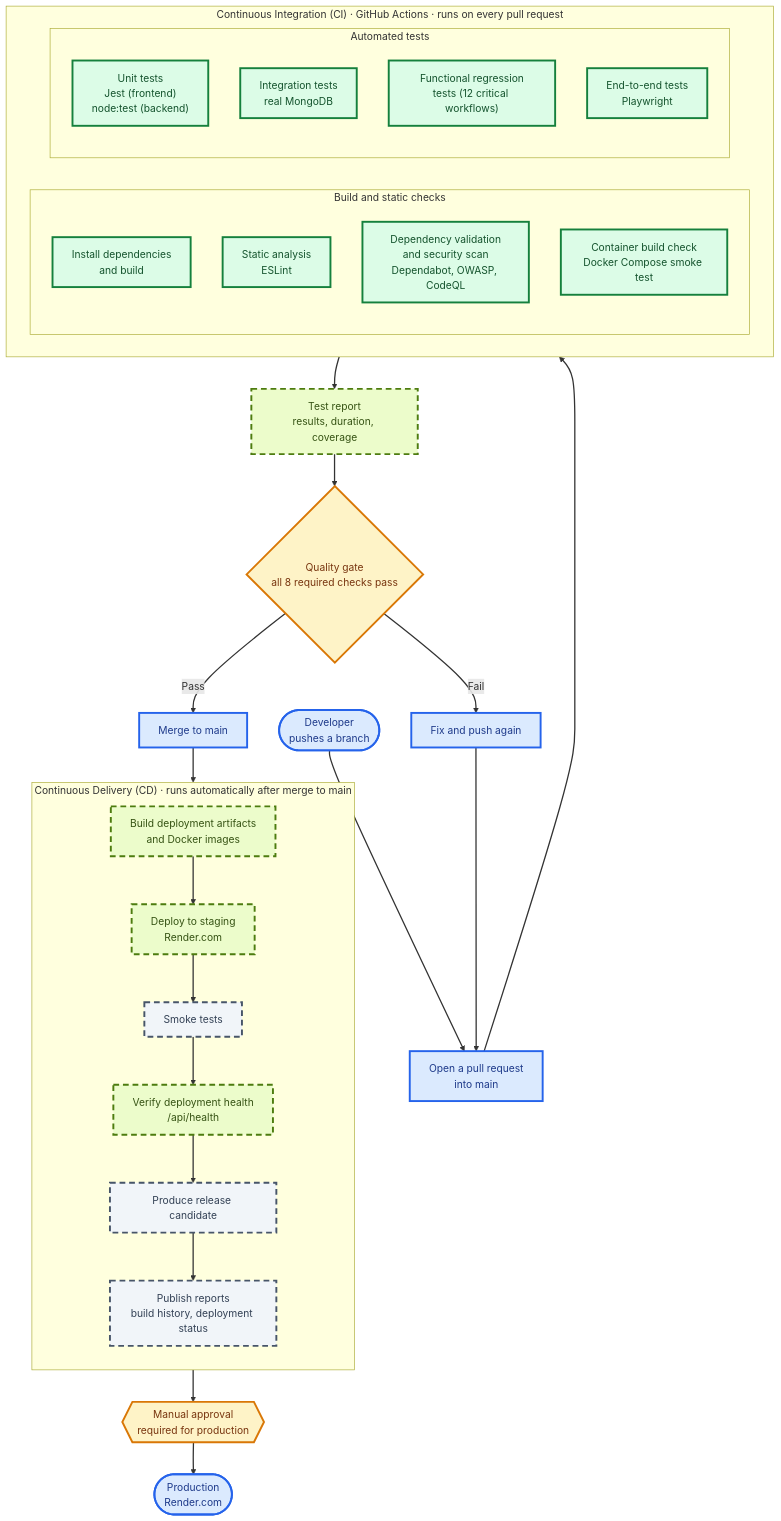
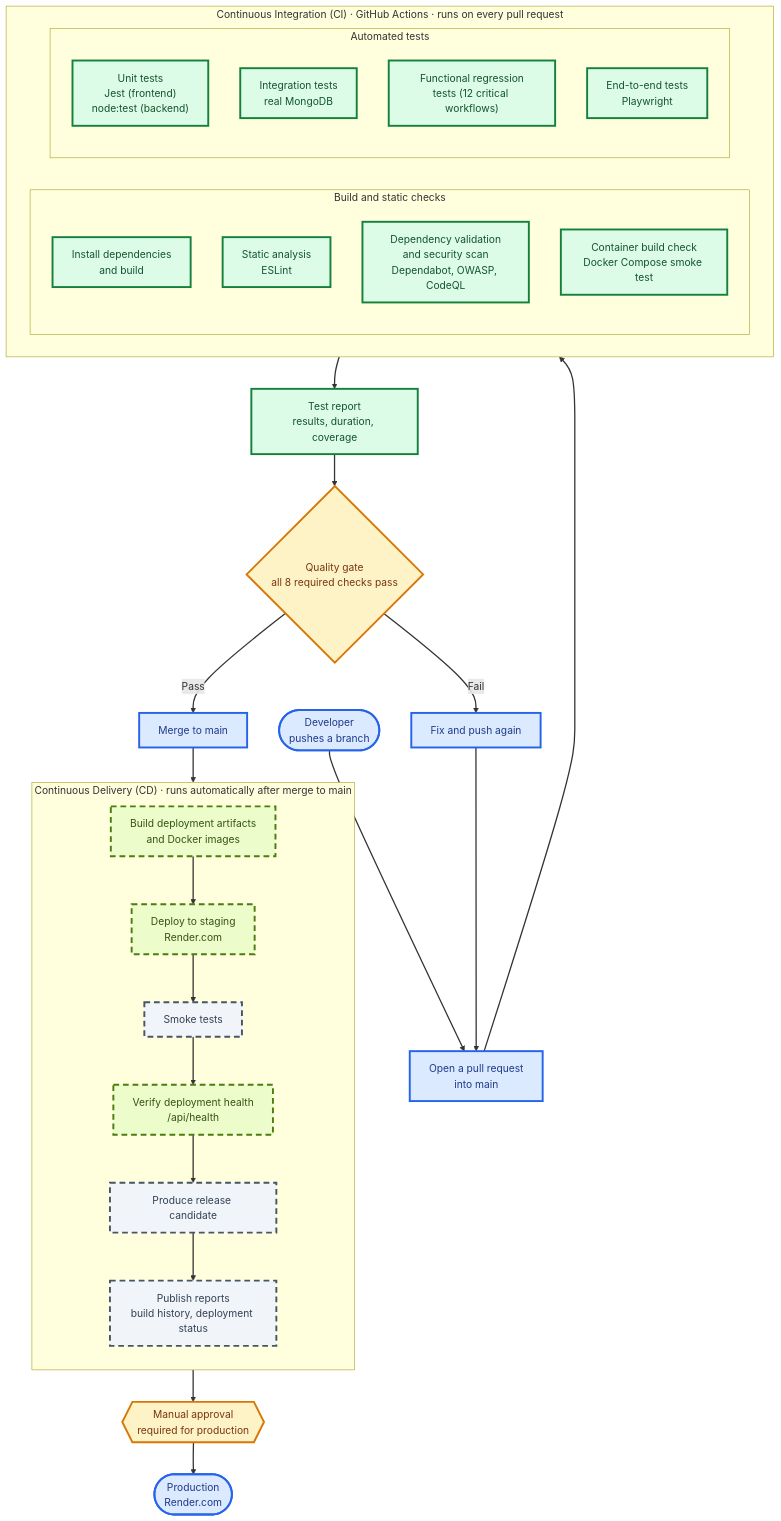
Before and after one commit to IT7993-FALL-2026-PEERS/ProjectPeerEvaluation: the first of 4 diagrams in README.md, drawn with Mermaid. The commit also changed other lines of this file and 5 other files, not shown here.

````diff
--- a/README.md
+++ b/README.md
@@ -59,57 +59,57 @@
 ```mermaid
 flowchart TB
     DEV(["Developer<br/>pushes a branch"]) --> PR["Open a pull request<br/>into main"]
 
     subgraph CI["Continuous Integration (CI) · GitHub Actions · runs on every pull request"]
         direction LR
         subgraph STATIC["Build and static checks"]
             direction TB
             BUILD_APP["Install dependencies<br/>and build"]
             LINT["Static analysis<br/>ESLint"]
             SEC["Dependency validation<br/>and security scan<br/>Dependabot, OWASP, CodeQL"]
             DOCKER["Container build check<br/>Docker Compose smoke test"]
         end
         subgraph TESTS["Automated tests"]
             direction TB
             UNIT["Unit tests<br/>Jest (frontend)<br/>node:test (backend)"]
             INTEG["Integration tests<br/>real MongoDB"]
             REG["Functional regression<br/>tests (12 critical workflows)"]
             E2E["End-to-end tests<br/>Playwright"]
         end
     end
 
     PR --> CI
     CI --> REPORT["Test report<br/>results, duration, coverage"]
     REPORT --> GATE{"Quality gate<br/>all 8 required checks pass"}
     GATE -- "Fail" --> FIX["Fix and push again"]
     FIX --> PR
     GATE -- "Pass" --> MERGE["Merge to main"]
 
     subgraph CD["Continuous Delivery (CD) · runs automatically after merge to main"]
         direction TB
         ARTIFACTS["Build deployment artifacts<br/>and Docker images"]
         STG["Deploy to staging<br/>Render.com"]
         SMOKE["Smoke tests"]
         HEALTH["Verify deployment health<br/>/api/health"]
         RC["Produce release candidate"]
         DREPORT["Publish reports<br/>build history, deployment status"]
         ARTIFACTS --> STG --> SMOKE --> HEALTH --> RC --> DREPORT
     end
 
     MERGE --> ARTIFACTS
     DREPORT --> APPROVE{{"Manual approval<br/>required for production"}}
     APPROVE --> PROD(["Production<br/>Render.com"])
 
     classDef done fill:#dcfce7,stroke:#15803d,color:#14532d,stroke-width:3px
     classDef partial fill:#ecfccb,stroke:#4d7c0f,color:#365314,stroke-width:3px,stroke-dasharray: 9 6
     classDef planned fill:#f1f5f9,stroke:#475569,color:#334155,stroke-width:3px,stroke-dasharray: 9 6
     classDef gate fill:#fef3c7,stroke:#d97706,color:#78350f,stroke-width:3px
     classDef endpoint fill:#dbeafe,stroke:#2563eb,color:#1e3a8a,stroke-width:3px
     linkStyle default stroke-width:2px
 
-    class BUILD_APP,LINT,SEC,DOCKER,UNIT,INTEG,REG,E2E done
-    class REPORT,ARTIFACTS,STG,HEALTH partial
+    class BUILD_APP,LINT,SEC,DOCKER,UNIT,INTEG,REG,E2E,REPORT done
+    class ARTIFACTS,STG,HEALTH partial
     class SMOKE,RC,DREPORT planned
     class GATE,APPROVE gate
     class DEV,PROD,PR,MERGE,FIX endpoint
 ```
````
